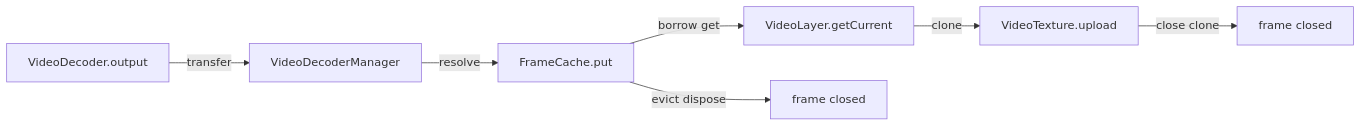
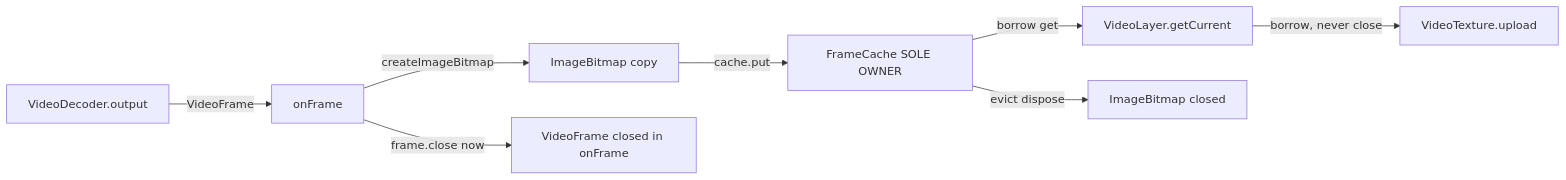
Before and after one commit to elahlabs/elah: the third of 3 diagrams in packages/editor/src/core/renderer/OPTIMIZATION.md, drawn with Mermaid. The commit also changed other lines of this file and 14 other files, not shown here.

````diff
--- a/packages/editor/src/core/renderer/OPTIMIZATION.md
+++ b/packages/editor/src/core/renderer/OPTIMIZATION.md
@@ -532,9 +556,10 @@
 ```mermaid
 flowchart LR
-  decOut[VideoDecoder.output] -->|transfer| mgr[VideoDecoderManager]
-  mgr -->|resolve| put[FrameCache.put]
+  decOut[VideoDecoder.output] -->|VideoFrame| onf[onFrame]
+  onf -->|createImageBitmap| copy[ImageBitmap copy]
+  onf -->|frame.close now| done0[VideoFrame closed in onFrame]
+  copy -->|cache.put| put[FrameCache SOLE OWNER]
   put -->|borrow get| vl[VideoLayer.getCurrent]
-  vl -->|clone| upload[VideoTexture.upload]
-  upload -->|close clone| done1[frame closed]
-  put -->|evict dispose| done2[frame closed]
+  vl -->|borrow, never close| upload[VideoTexture.upload]
+  put -->|evict dispose| done2[ImageBitmap closed]
 ```
````
